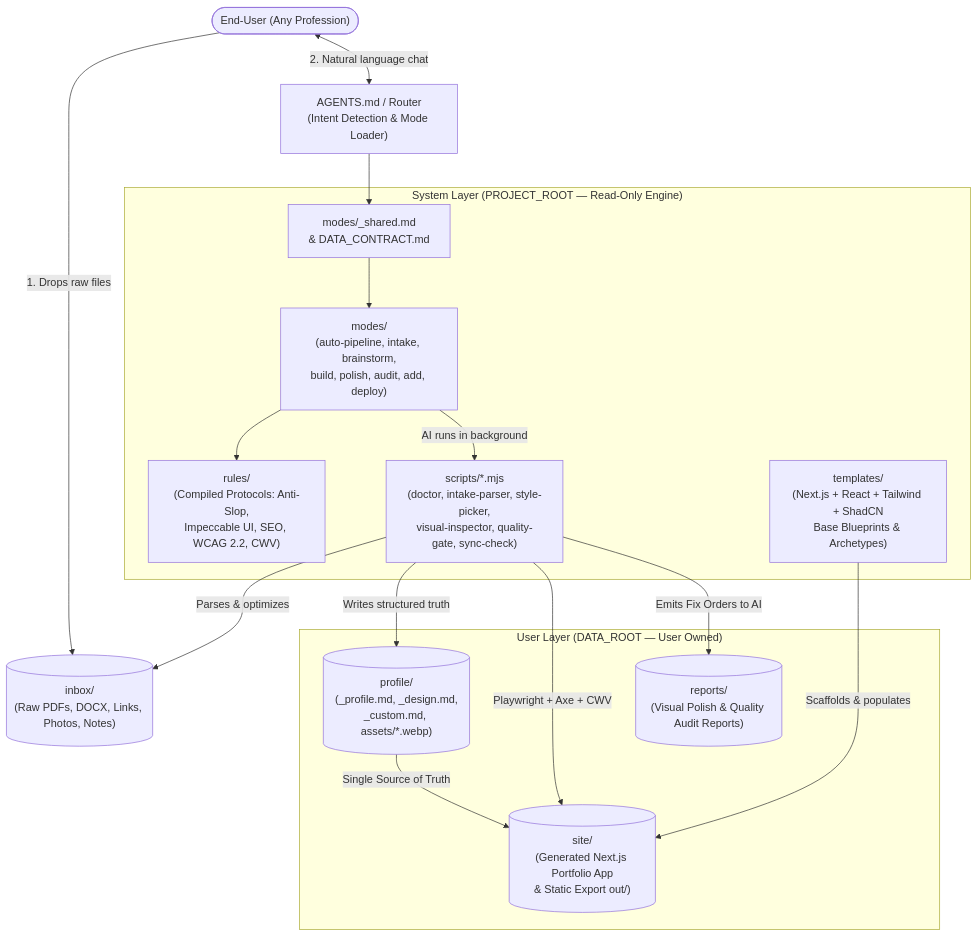
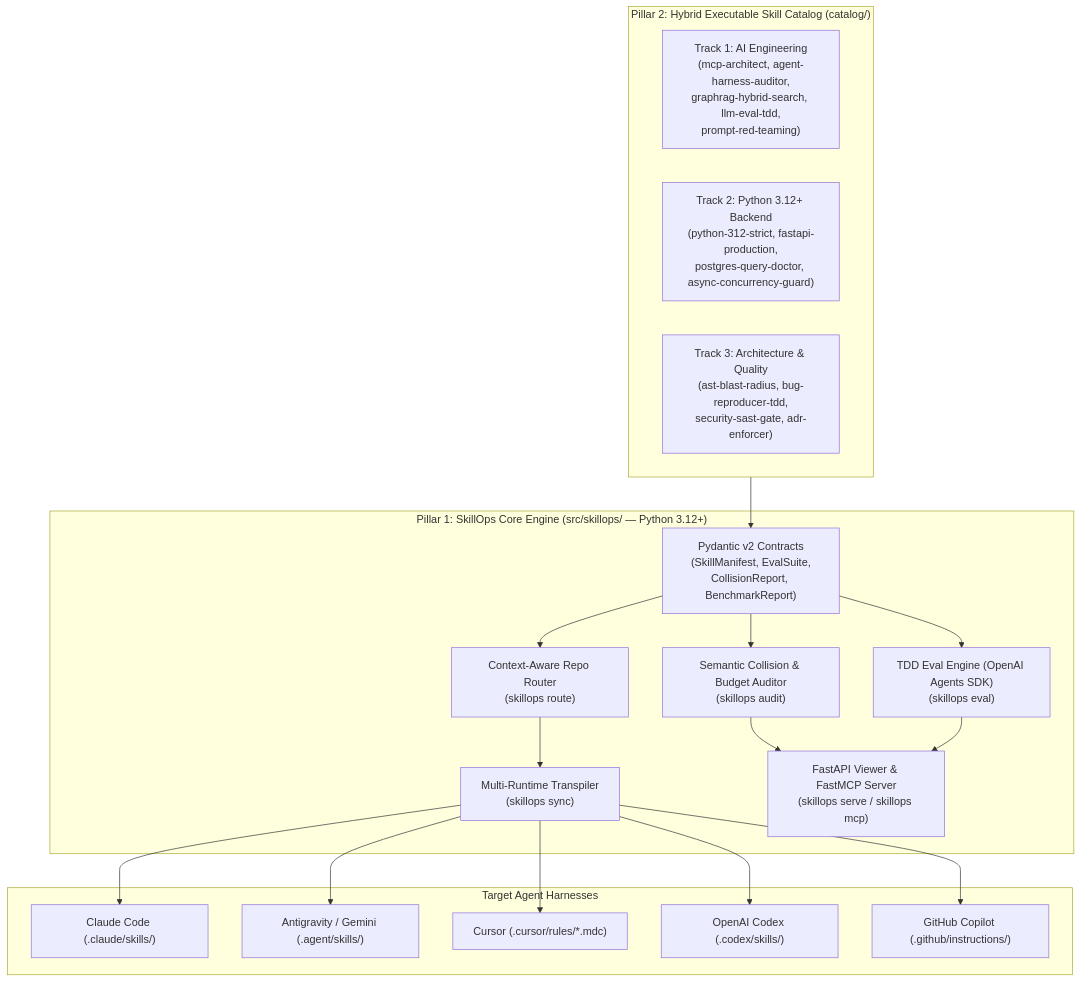
The diagram in docs/architecture/README.md (OdevMatheus/SkillOps), drawn with Mermaid before and after one commit. The commit also changed other lines of this file and 32 other files, not shown here.

First line of the commit message:
docs(architecture): define SKILL_CONTRACT.md, ADRs 0001-0004, and SkillOps governance

````diff
--- a/docs/architecture/README.md
+++ b/docs/architecture/README.md
@@ -69,33 +24,33 @@
 ```mermaid
-flowchart TD
-    User(["End-User (Any Profession)"])
-    Inbox[("inbox/\n(Raw PDFs, DOCX, Links, Photos, Notes)")]
-    Router["AGENTS.md / Router\n(Intent Detection & Mode Loader)"]
-
-    subgraph SystemLayer ["System Layer (PROJECT_ROOT — Read-Only Engine)"]
-        Shared["modes/_shared.md\n& DATA_CONTRACT.md"]
-        Modes["modes/\n(auto-pipeline, intake, brainstorm,\nbuild, polish, audit, add, deploy)"]
-        Rules["rules/\n(Compiled Protocols: Anti-Slop,\nImpeccable UI, SEO, WCAG 2.2, CWV)"]
-        Scripts["scripts/*.mjs\n(doctor, intake-parser, style-picker,\nvisual-inspector, quality-gate, sync-check)"]
-        Templates["templates/\n(Next.js + React + Tailwind + ShadCN\nBase Blueprints & Archetypes)"]
+flowchart TB
+    subgraph Catalog["Pillar 2: Hybrid Executable Skill Catalog (catalog/)"]
+        T1["Track 1: AI Engineering\n(mcp-architect, agent-harness-auditor,\ngraphrag-hybrid-search, llm-eval-tdd,\nprompt-red-teaming)"]
+        T2["Track 2: Python 3.12+ Backend\n(python-312-strict, fastapi-production,\npostgres-query-doctor, async-concurrency-guard)"]
+        T3["Track 3: Architecture & Quality\n(ast-blast-radius, bug-reproducer-tdd,\nsecurity-sast-gate, adr-enforcer)"]
     end
 
-    subgraph UserLayer ["User Layer (DATA_ROOT — User Owned)"]
-        Profile[("profile/\n(_profile.md, _design.md,\n_custom.md, assets/*.webp)")]
-        Site[("site/\n(Generated Next.js Portfolio App\n& Static Export out/)")]
-        Reports[("reports/\n(Visual Polish & Quality Audit Reports)")]
+    subgraph Engine["Pillar 1: SkillOps Core Engine (src/skillops/ — Python 3.12+)"]
+        Models["Pydantic v2 Contracts\n(SkillManifest, EvalSuite,\nCollisionReport, BenchmarkReport)"]
+        Auditor["Semantic Collision & Budget Auditor\n(skillops audit)"]
+        Router["Context-Aware Repo Router\n(skillops route)"]
+        Sync["Multi-Runtime Transpiler\n(skillops sync)"]
+        Eval["TDD Eval Engine (OpenAI Agents SDK)\n(skillops eval)"]
+        Server["FastAPI Viewer & FastMCP Server\n(skillops serve / skillops mcp)"]
     end
 
-    User -->|"1. Drops raw files"| Inbox
-    User <-->|"2. Natural language chat"| Router
-    Router --> Shared
-    Shared --> Modes
-    Modes --> Rules
-    Modes -->|"AI runs in background"| Scripts
-    Scripts -->|"Parses & optimizes"| Inbox
-    Scripts -->|"Writes structured truth"| Profile
-    Templates -->|"Scaffolds & populates"| Site
-    Profile -->|"Single Source of Truth"| Site
-    Scripts -->|"Playwright + Axe + CWV"| Site
-    Scripts -->|"Emits Fix Orders to AI"| Reports
+    subgraph Runtimes["Target Agent Harnesses"]
+        R1["Claude Code (.claude/skills/)"]
+        R2["Antigravity / Gemini (.agent/skills/)"]
+        R3["Cursor (.cursor/rules/*.mdc)"]
+        R4["OpenAI Codex (.codex/skills/)"]
+        R5["GitHub Copilot (.github/instructions/)"]
+    end
+
+    Catalog --> Models
+    Models --> Auditor
+    Models --> Router
+    Models --> Eval
+    Router --> Sync
+    Sync --> R1 & R2 & R3 & R4 & R5
+    Auditor & Eval --> Server
 ```
````
